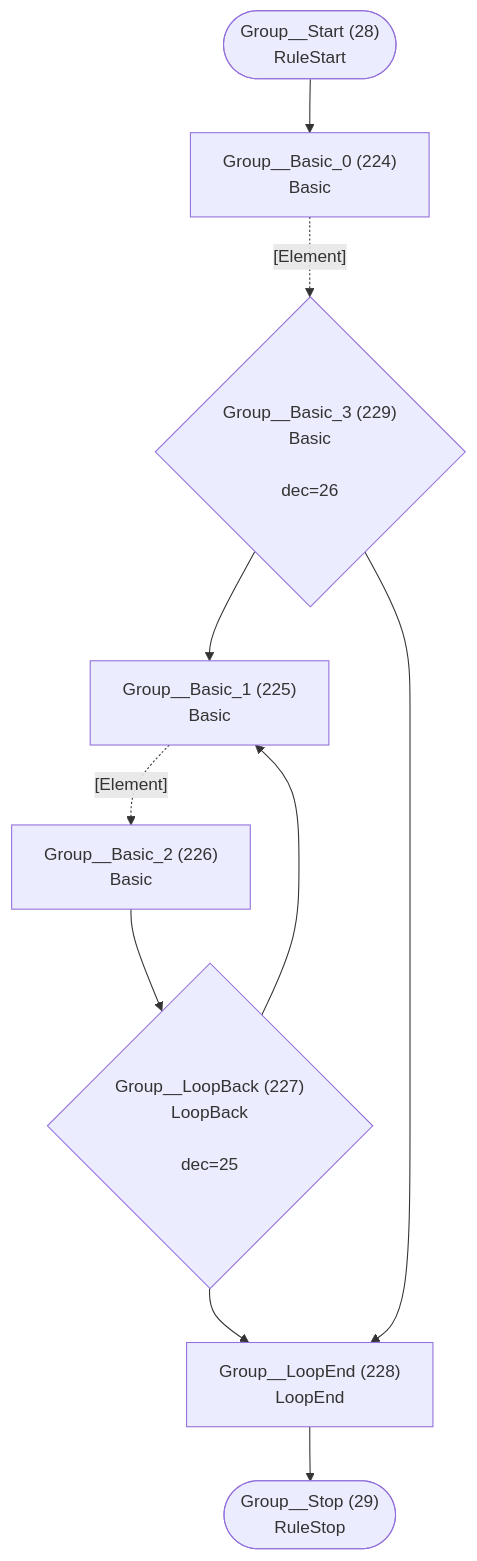
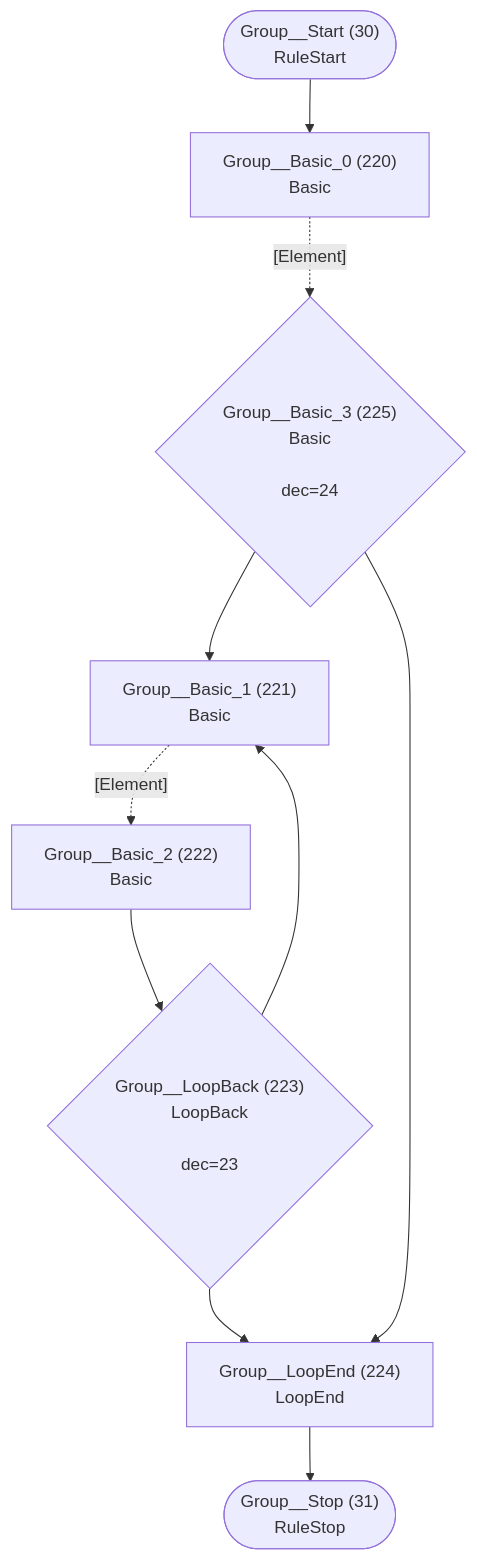
Before and after one commit to TypeFox/fastbelt: diagram 16 of 29 in internal/grammar/atn.md, drawn with Mermaid. The commit also changed other lines of this file and 13 other files, not shown here.

````diff
--- a/internal/grammar/atn.md
+++ b/internal/grammar/atn.md
@@ -516,21 +511,21 @@
 ```mermaid
 flowchart TD
-    q28(["Group__Start (28)<br/>RuleStart"])
-    q29(["Group__Stop (29)<br/>RuleStop"])
-    q224["Group__Basic_0 (224)<br/>Basic<br/>"]
-    q225["Group__Basic_1 (225)<br/>Basic<br/>"]
-    q226["Group__Basic_2 (226)<br/>Basic<br/>"]
-    q227{"Group__LoopBack (227)<br/>LoopBack<br/><br/>dec=25"}
-    q228["Group__LoopEnd (228)<br/>LoopEnd<br/>"]
-    q229{"Group__Basic_3 (229)<br/>Basic<br/><br/>dec=26"}
+    q30(["Group__Start (30)<br/>RuleStart"])
+    q31(["Group__Stop (31)<br/>RuleStop"])
+    q220["Group__Basic_0 (220)<br/>Basic<br/>"]
+    q221["Group__Basic_1 (221)<br/>Basic<br/>"]
+    q222["Group__Basic_2 (222)<br/>Basic<br/>"]
+    q223{"Group__LoopBack (223)<br/>LoopBack<br/><br/>dec=23"}
+    q224["Group__LoopEnd (224)<br/>LoopEnd<br/>"]
+    q225{"Group__Basic_3 (225)<br/>Basic<br/><br/>dec=24"}
 
-    q28 --> q224
-    q224 -.->|"[Element]"| q229
-    q225 -.->|"[Element]"| q226
-    q226 --> q227
-    q227 --> q225
-    q227 --> q228
-    q228 --> q29
-    q229 --> q225
-    q229 --> q228
+    q30 --> q220
+    q220 -.->|"[Element]"| q225
+    q221 -.->|"[Element]"| q222
+    q222 --> q223
+    q223 --> q221
+    q223 --> q224
+    q224 --> q31
+    q225 --> q221
+    q225 --> q224
 ```
````
